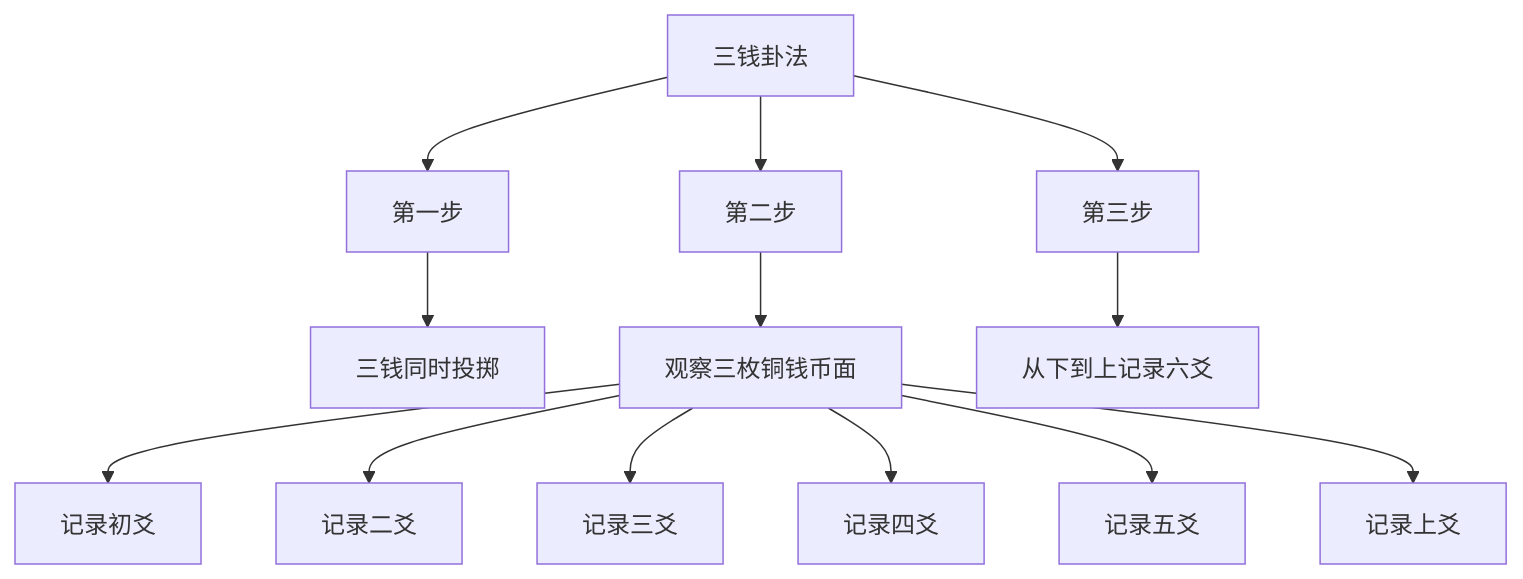
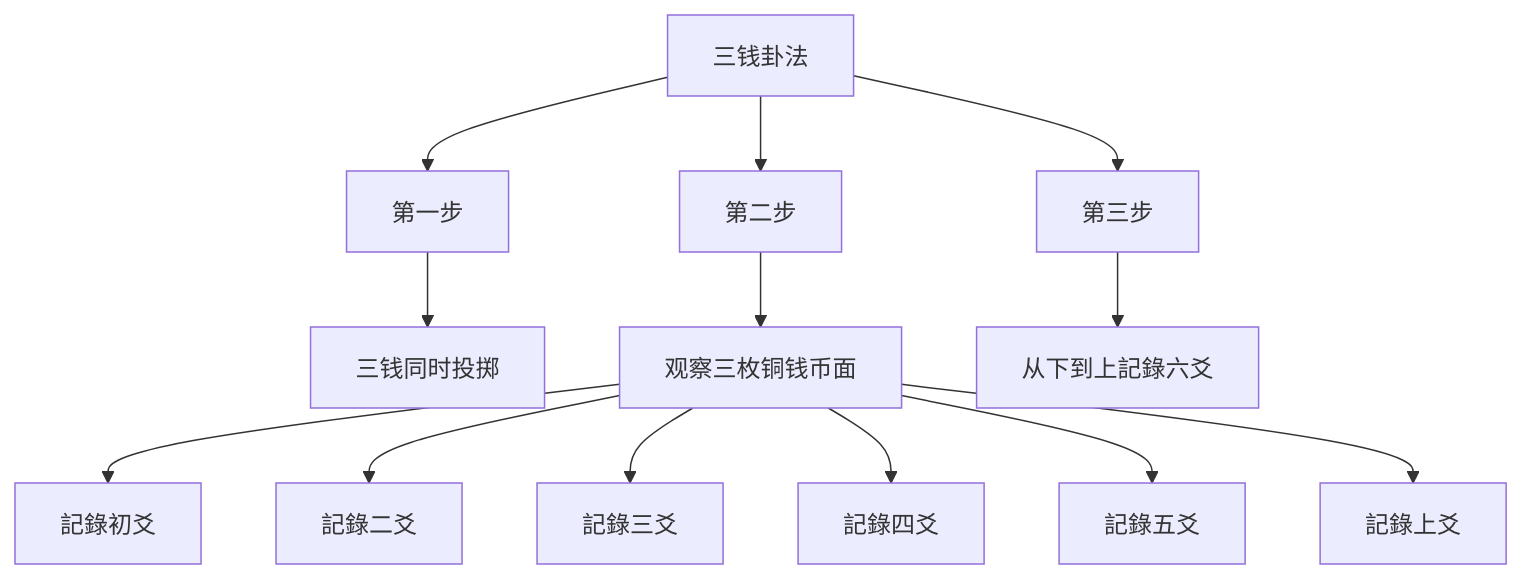
The first of 9 diagrams in 3 Resources/04-Interests/易学/03-占卜方法/铜钱卦法.md (kmjade/knowledge-value), drawn with Mermaid before and after one commit. The commit also changed other lines of this file and 653 other files, not shown here.

````diff
--- a/3 Resources/04-Interests/易学/03-占卜方法/铜钱卦法.md
+++ b/3 Resources/04-Interests/易学/03-占卜方法/铜钱卦法.md
@@ -70,17 +70,17 @@
 ```mermaid
 graph TB
     A[三钱卦法] --> B[第一步]
     A --> C[第二步]
     A --> D[第三步]
     
     B --> B1[三钱同时投掷]
     C --> C1[观察三枚铜钱币面]
-    D --> D1[从下到上记录六爻]
+    D --> D1[从下到上記錄六爻]
     
-    C1 --> E[记录初爻]
-    C1 --> F[记录二爻]
-    C1 --> G[记录三爻]
-    C1 --> H[记录四爻]
-    C1 --> I[记录五爻]
-    C1 --> J[记录上爻]
+    C1 --> E[記錄初爻]
+    C1 --> F[記錄二爻]
+    C1 --> G[記錄三爻]
+    C1 --> H[記錄四爻]
+    C1 --> I[記錄五爻]
+    C1 --> J[記錄上爻]
 ```
````
